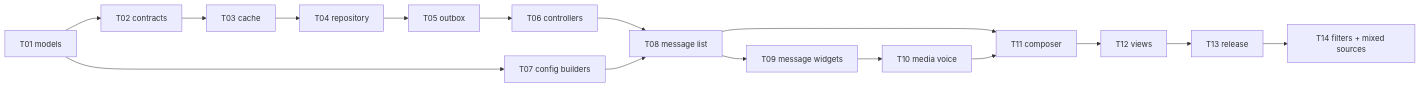
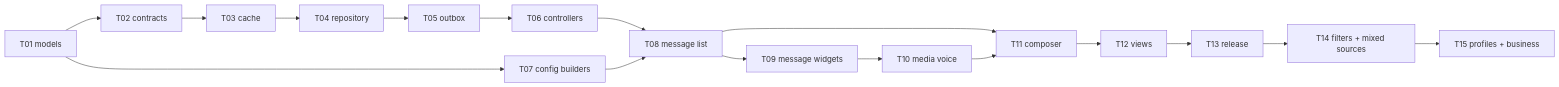
Before and after one commit to fodilfliti/flutter_chat_kit: the diagram in spec/tasks/README.md, drawn with Mermaid. The commit also changed other lines of this file and 31 other files, not shown here.

````diff
--- a/spec/tasks/README.md
+++ b/spec/tasks/README.md
@@ -23,18 +24,19 @@
 ```mermaid
 flowchart LR
   T01[T01 models] --> T02[T02 contracts]
   T02 --> T03[T03 cache]
   T03 --> T04[T04 repository]
   T04 --> T05[T05 outbox]
   T05 --> T06[T06 controllers]
   T01 --> T07[T07 config builders]
   T06 --> T08[T08 message list]
   T07 --> T08
   T08 --> T09[T09 message widgets]
   T09 --> T10[T10 media voice]
   T08 --> T11[T11 composer]
   T10 --> T11
   T11 --> T12[T12 views]
   T12 --> T13[T13 release]
   T13 --> T14[T14 filters + mixed sources]
+  T14 --> T15[T15 profiles + business]
 ```
````
